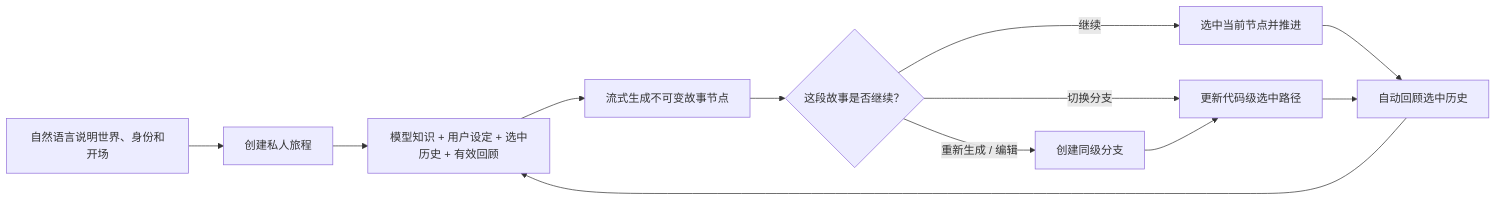
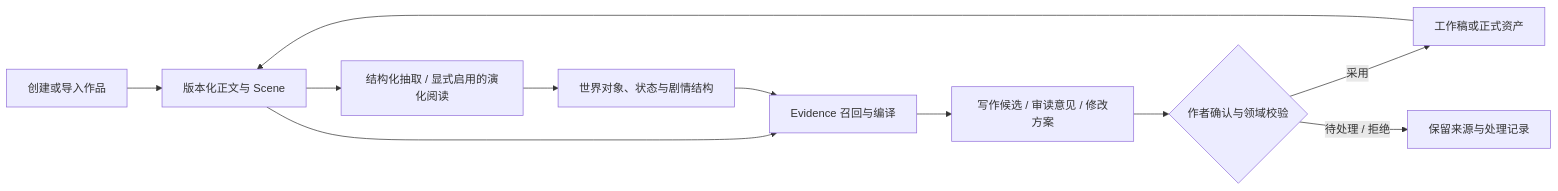
The first of 2 diagrams in README.md (FengHuoLinShan/ai-writing-assist), drawn with Mermaid before and after one commit. The commit also changed other lines of this file and 9 other files, not shown here.

````diff
--- a/README.md
+++ b/README.md
@@ -135,14 +39,13 @@
 ```mermaid
 flowchart LR
-    A["自然语言说明世界、身份和开场"] --> B["创建私人旅程"]
-    B --> C["模型知识 + 用户设定 + 选中历史 + 有效回顾"]
-    C --> D["流式生成不可变故事节点"]
-    D --> E{"这段故事是否继续？"}
-    E -- "继续" --> F["选中当前节点并推进"]
-    E -- "重新生成 / 编辑" --> G["创建同级分支"]
-    E -- "切换分支" --> H["更新代码级选中路径"]
-    F --> I["自动回顾选中历史"]
-    G --> H
-    H --> I
-    I --> C
+  A[创建或导入作品] --> B[版本化正文与 Scene]
+  B --> C[结构化抽取 / 显式启用的演化阅读]
+  C --> D[世界对象、状态与剧情结构]
+  B --> E[Evidence 召回与编译]
+  D --> E
+  E --> F[写作候选 / 审读意见 / 修改方案]
+  F --> G{作者确认与领域校验}
+  G -->|采用| H[工作稿或正式资产]
+  G -->|待处理 / 拒绝| I[保留来源与处理记录]
+  H --> B
 ```
````
